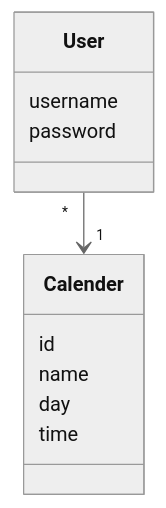
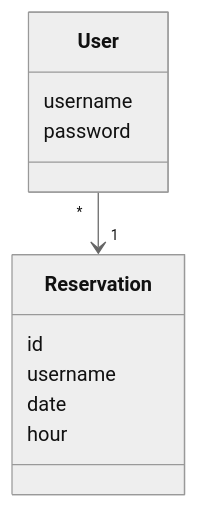
One commit to levomaaa/ot-harjoitustyo changed the first of 3 diagrams in dokumentaatio/arkkitehtuuri.md. Above: the diagram before and after it, drawn with Mermaid (neutral theme). The commit also changed other lines of this file and 2 other files, not shown here.

````diff
--- a/dokumentaatio/arkkitehtuuri.md
+++ b/dokumentaatio/arkkitehtuuri.md
@@ -15,14 +15,14 @@
 ```mermaid
  classDiagram
-      User "*" --> "1" Calender
+      User "*" --> "1" Reservation
       class User{
           username
           password
       }
-      class Calender{
+      class Reservation{
           id
-          name
-          day
-          time
+          username
+          date
+          hour
       }
 ```
````
